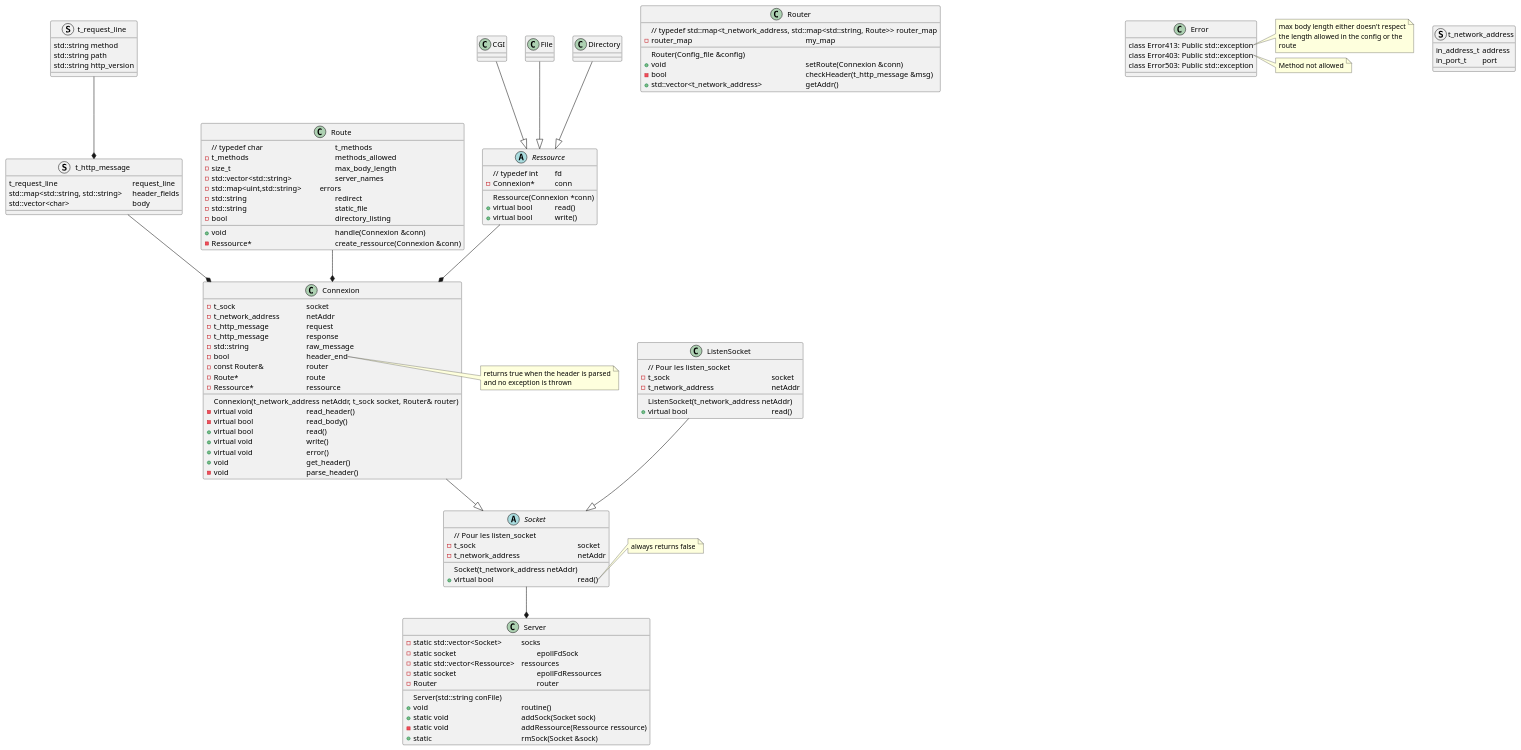
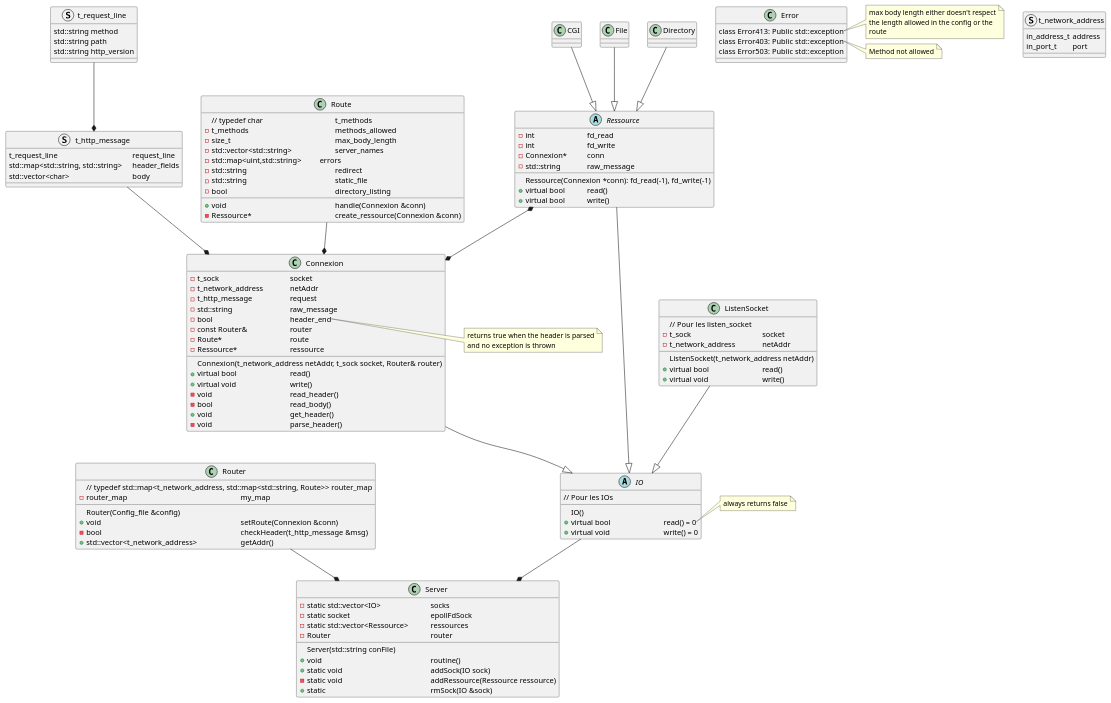
One commit to ouafabulous/webserv_42 changed the diagram in uml_scheme.plantuml. Above: the diagram before and after it, drawn with PlantUML. The commit also changed 1 other file, not shown here.

Commit message:
plantuml updated

```diff
--- a/uml_scheme.plantuml
+++ b/uml_scheme.plantuml
@@ -1,150 +1,154 @@
 @startuml
 'note "typedef int t_sock" as N1
 
 struct t_request_line {
 std::string method
 std::string path
 std::string http_version
 }
 
 struct t_http_message {
 t_request_line \t\t\t\t\trequest_line
 std::map<std::string, std::string> \theader_fields
 std::vector<char> \t\t\t\tbody
 }
 
 struct t_network_address {
 in_address_t	address
 in_port_t		port
 }
 
-abstract class Socket {
-// Pour les listen_socket
--t_sock \t\t\t\t\t\t\tsocket
--t_network_address				netAddr
-Socket(t_network_address netAddr)
-+virtual bool \t\t\t\t\t\tread()
+abstract class IO {
+// Pour les IOs
+IO()
++virtual bool \t\t\t\tread() = 0
++virtual void \t\t\t\twrite() = 0
 }
-note right of Socket::read
+note right of IO::read
 always returns false
 endnote
 
 class ListenSocket {
 // Pour les listen_socket
--t_sock \t\t\t\t\t\t\tsocket
--t_network_address				netAddr
+-t_sock \t\t\t\t\tsocket
+-t_network_address		netAddr
 ListenSocket(t_network_address netAddr)
-+virtual bool \t\t\t\t\t\tread()
++virtual bool \t\t\t\tread()
++virtual void \t\t\t\twrite()
 }
 
 class Connexion {
 -t_sock \t\t\t\t\tsocket
 -t_network_address		netAddr
 -t_http_message\t\t\trequest
--t_http_message\t\t\tresponse
 -std::string \t\t\t\traw_message
--bool	\t\t\t\theader_end
+-bool \t\t\t\t\theader_end
 -const Router&	\t\trouter
 -Route*\t\t\t\t\troute
 ' -catch Error:Error413
 ' -catch Error:Error403
 -Ressource*\t\t\t\tressource
 Connexion(t_network_address netAddr, t_sock socket, Router& router)
--virtual void \t\t\t\tread_header()
--virtual bool \t\t\t\tread_body()
 +virtual bool \t\t\t\tread()
 +virtual void \t\t\t\twrite()
-+virtual void \t\t\t\terror()
+-void \t\t\t\t\tread_header()
+-bool \t\t\t\t\tread_body()
 +void \t\t\t\t\tget_header()
 -void \t\t\t\t\tparse_header()
 }
 note right of Connexion::header_end
 returns true when the header is parsed
 and no exception is thrown
 endnote
 
 class Server {
 Server(std::string conFile)
--static std::vector<Socket>\t\tsocks
+-static std::vector<IO>\t\t\t\tsocks
 -static socket\t\t\t\t\t\tepollFdSock
--static std::vector<Ressource> \tressources
--static socket\t\t\t\t\t\tepollFdRessources
+-static std::vector<Ressource> \t\tressources
 -Router \t\t\t\t\t\t\trouter
-+void\t\t\t\t\t\t\troutine()
-+static void\t\t\t\t\taddSock(Socket sock)
--static void\t\t\t\t\taddRessource(Ressource ressource)
-+static \t\t\t\t\t\trmSock(Socket &sock)
++void\t\t\t\t\t\t\t\troutine()
++static void\t\t\t\t\t\taddSock(IO sock)
+-static void\t\t\t\t\t\taddRessource(Ressource ressource)
++static \t\t\t\t\t\t\trmSock(IO &sock)
 }
 
 class Router{
 // typedef std::map<t_network_address, std::map<std::string, Route>> router_map
 Router(Config_file &config)
 -router_map 								my_map
 +void 									setRoute(Connexion &conn)
 -bool 									checkHeader(t_http_message &msg)
 +std::vector<t_network_address>			getAddr()
 
 }
 note right of Router::set_route
 Ne set route que si prerequisites are good
 endnote
 
 class Route{
  // typedef char \t\t\t\t\tt_methods
 -t_methods \t\\t\t\t\t\tmethods_allowed
 -size_t \t\t\t\t\t\t\tmax_body_length
 -std::vector<std::string>   \t\t\tserver_names
 -std::map<uint,std::string> \t\terrors
 -std::string \t\t\t\t\t\tredirect
 -std::string \t\t\t\t\t\tstatic_file
 -bool \t\t\t\t\t\t\tdirectory_listing
 
 +void \t\t\t\t\t\t\thandle(Connexion &conn)
 -Ressource* \t\t\t\t\t\tcreate_ressource(Connexion &conn)
 }
 
 Abstract class Ressource{
-// typedef int		fd
-Ressource(Connexion *conn)
+Ressource(Connexion *conn): fd_read(-1), fd_write(-1)
+-int \t\t\t\tfd_read
+-int \t\t\t\tfd_write
 -Connexion* \t\tconn
+-std::string \t\traw_message
 +virtual bool \t\tread()
 +virtual bool \t\twrite()
 }
 
 class	CGI{
 	' catch Error::Error503
+
 }
 
 class 	File{
 
 }
 
 class	Directory{
 
 }
 
 class Error{
 class Error413: Public std::exception
 class Error403: Public std::exception
 class Error503: Public std::exception
 }
 note right of Error::Error413
 max body length either doesn't respect
 the length allowed in the config or the
 route
 endnote
 note right of Error::Error403
 Method not allowed
 endnote
 
-ListenSocket --|> Socket
-Ressource --* Connexion
+ListenSocket --|> IO
+Ressource --|> IO
+Ressource *--* Connexion
 CGI--|> Ressource
 File--|> Ressource
 Directory--|> Ressource
-Connexion --|> Socket
-Socket --* Server
+Connexion --|> IO
+IO --* Server
 Route --* Connexion
 t_request_line --* t_http_message
 t_http_message --* Connexion
+Router --* Server
+'t_network_address --* Connexion
+'t_network_address --* ListenSocket
 @enduml
```
